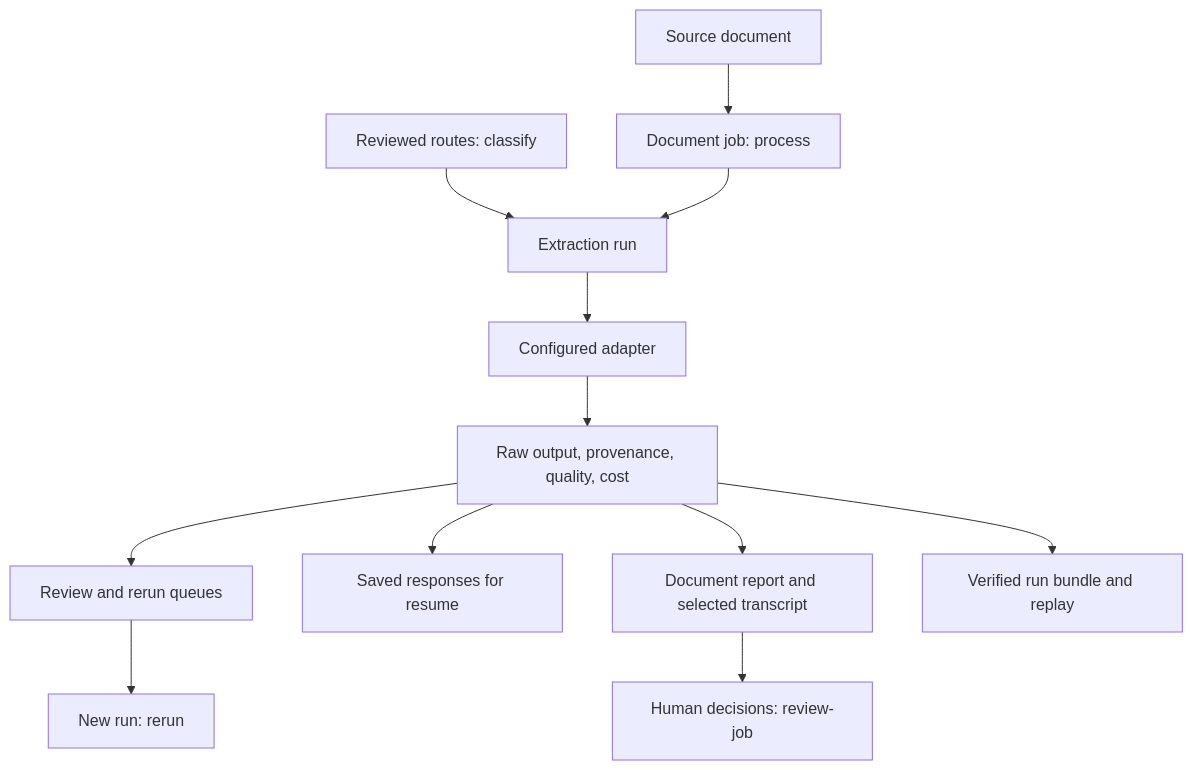
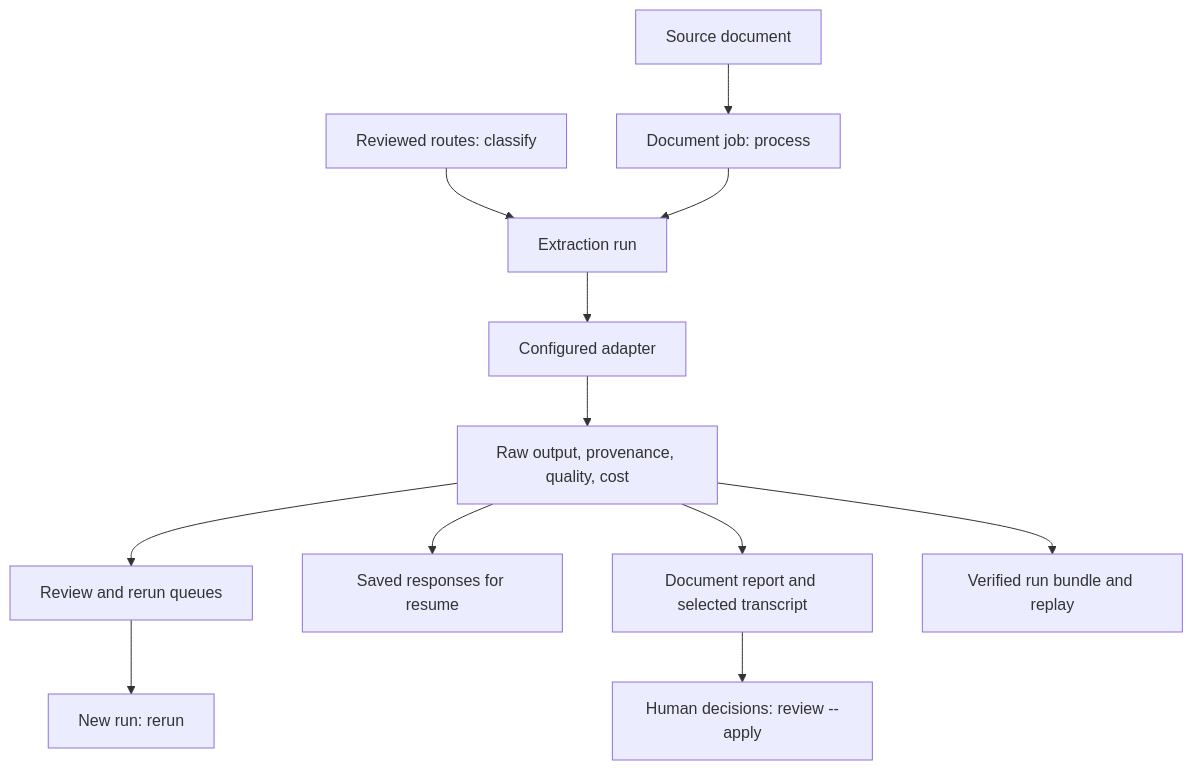
One commit to peterbussch/pageledger changed the diagram in docs/design.md. Above: the diagram before and after it, drawn with Mermaid. The commit also changed other lines of this file and 34 other files, not shown here.

````diff
--- a/docs/design.md
+++ b/docs/design.md
@@ -9,14 +9,14 @@
 ```mermaid
 flowchart TD
     Source[Source document] --> Job[Document job: process]
     Routes[Reviewed routes: classify] --> Run[Extraction run]
     Job --> Run
     Run --> Adapter[Configured adapter]
     Adapter --> Evidence[Raw output, provenance, quality, cost]
     Evidence --> Review[Review and rerun queues]
     Evidence --> Checkpoint[Saved responses for resume]
     Evidence --> Report[Document report and selected transcript]
     Review --> Rerun[New run: rerun]
-    Report --> Human[Human decisions: review-job]
+    Report --> Human[Human decisions: review --apply]
     Evidence --> Bundle[Verified run bundle and replay]
 ```
````
